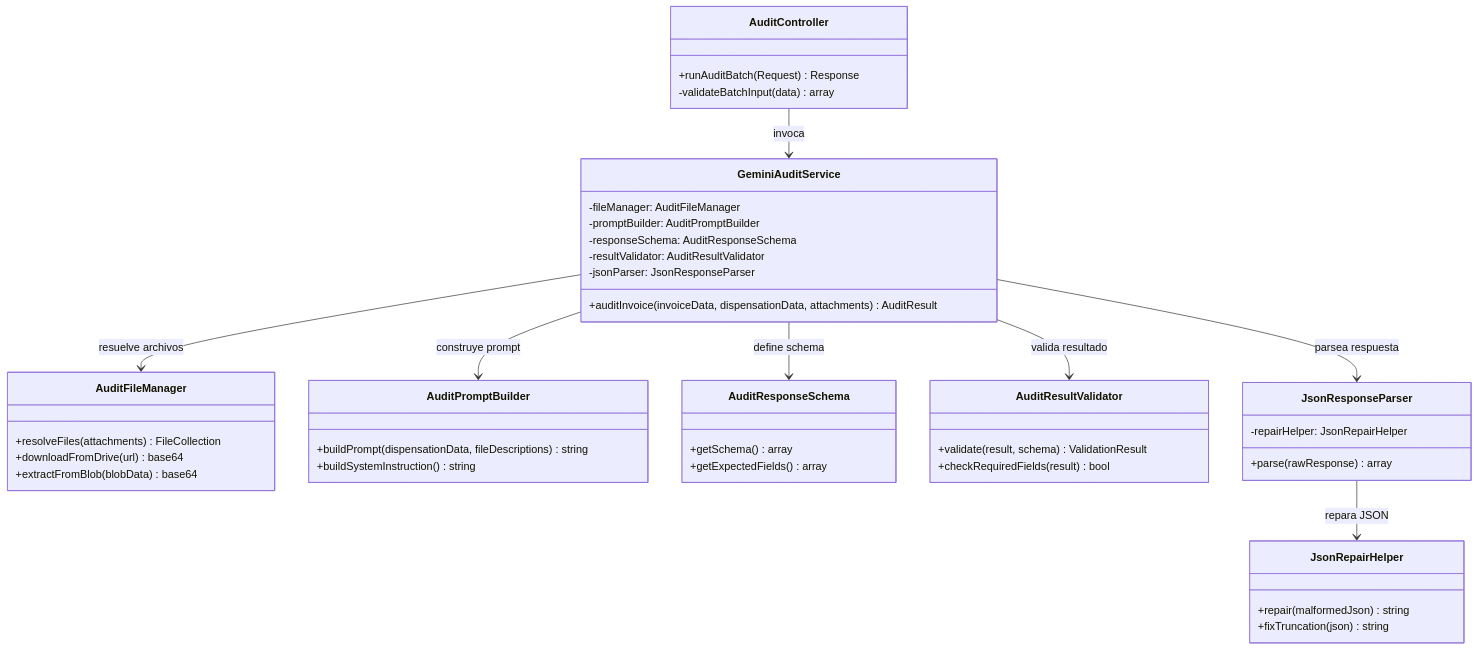
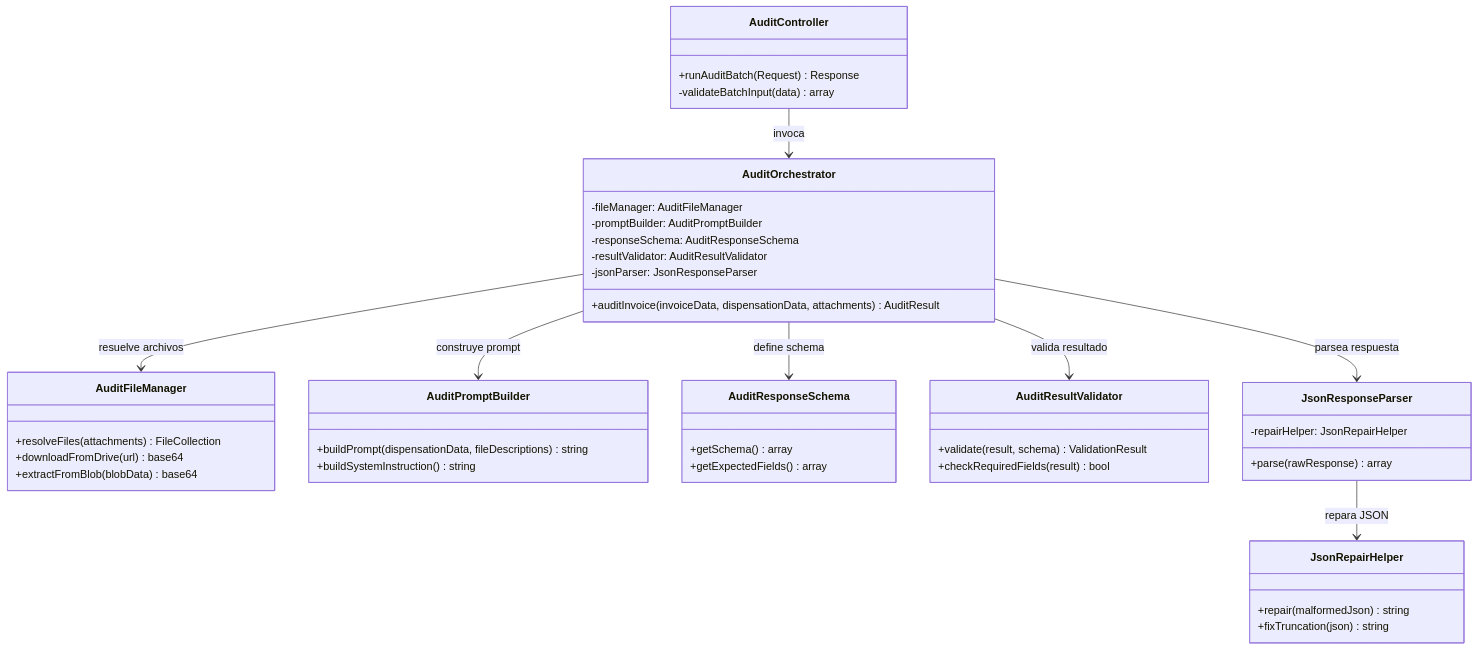
The fourth of 4 diagrams in plans/architecture-diagrams.md (jfrem/AudFact), drawn with Mermaid before and after one commit. The commit also changed other lines of this file and 33 other files, not shown here.

````diff
--- a/plans/architecture-diagrams.md
+++ b/plans/architecture-diagrams.md
@@ -96,55 +96,55 @@
 ```mermaid
 classDiagram
     class AuditController {
         +runAuditBatch(Request) Response
         -validateBatchInput(data) array
     }
 
-    class GeminiAuditService {
+    class AuditOrchestrator {
         -fileManager: AuditFileManager
         -promptBuilder: AuditPromptBuilder
         -responseSchema: AuditResponseSchema
         -resultValidator: AuditResultValidator
         -jsonParser: JsonResponseParser
         +auditInvoice(invoiceData, dispensationData, attachments) AuditResult
     }
 
     class AuditFileManager {
         +resolveFiles(attachments) FileCollection
         +downloadFromDrive(url) base64
         +extractFromBlob(blobData) base64
     }
 
     class AuditPromptBuilder {
         +buildPrompt(dispensationData, fileDescriptions) string
         +buildSystemInstruction() string
     }
 
     class AuditResponseSchema {
         +getSchema() array
         +getExpectedFields() array
     }
 
     class AuditResultValidator {
         +validate(result, schema) ValidationResult
         +checkRequiredFields(result) bool
     }
 
     class JsonResponseParser {
         -repairHelper: JsonRepairHelper
         +parse(rawResponse) array
     }
 
     class JsonRepairHelper {
         +repair(malformedJson) string
         +fixTruncation(json) string
     }
 
-    AuditController --> GeminiAuditService : invoca
-    GeminiAuditService --> AuditFileManager : resuelve archivos
-    GeminiAuditService --> AuditPromptBuilder : construye prompt
-    GeminiAuditService --> AuditResponseSchema : define schema
-    GeminiAuditService --> AuditResultValidator : valida resultado
-    GeminiAuditService --> JsonResponseParser : parsea respuesta
+    AuditController --> AuditOrchestrator : invoca
+    AuditOrchestrator --> AuditFileManager : resuelve archivos
+    AuditOrchestrator --> AuditPromptBuilder : construye prompt
+    AuditOrchestrator --> AuditResponseSchema : define schema
+    AuditOrchestrator --> AuditResultValidator : valida resultado
+    AuditOrchestrator --> JsonResponseParser : parsea respuesta
     JsonResponseParser --> JsonRepairHelper : repara JSON
 ```
````
